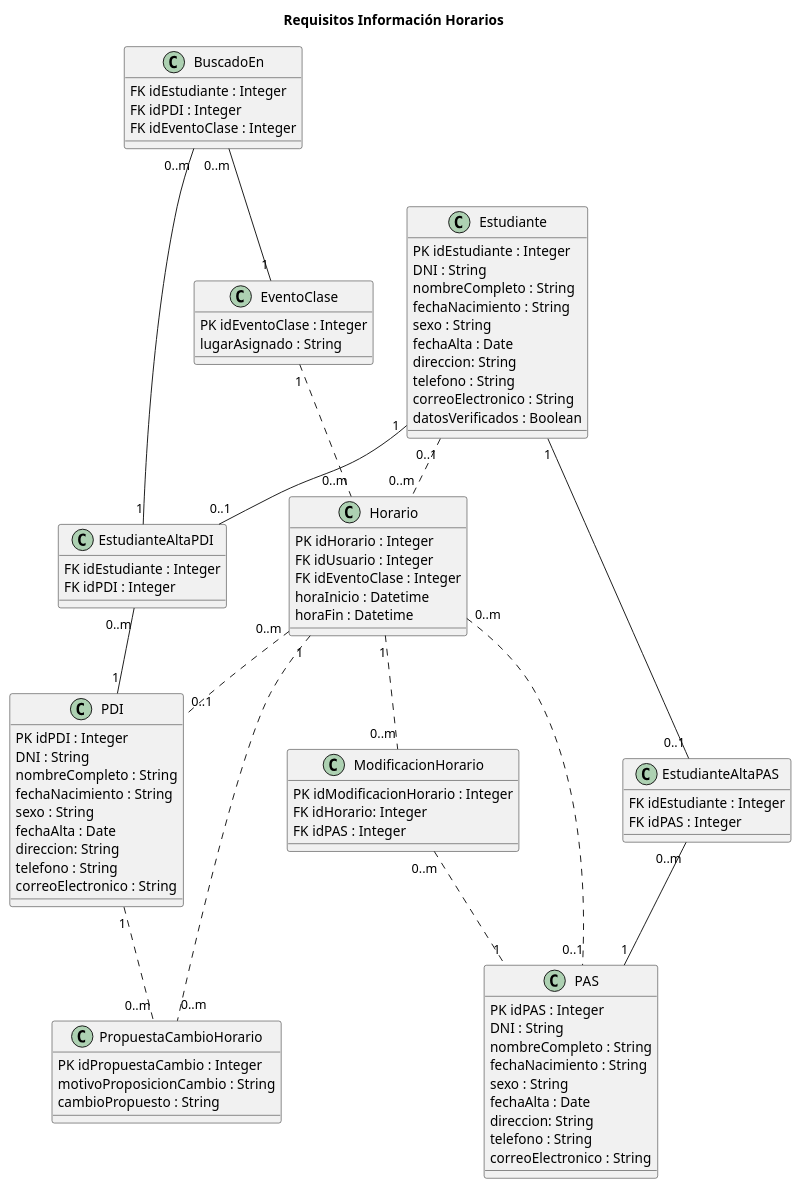
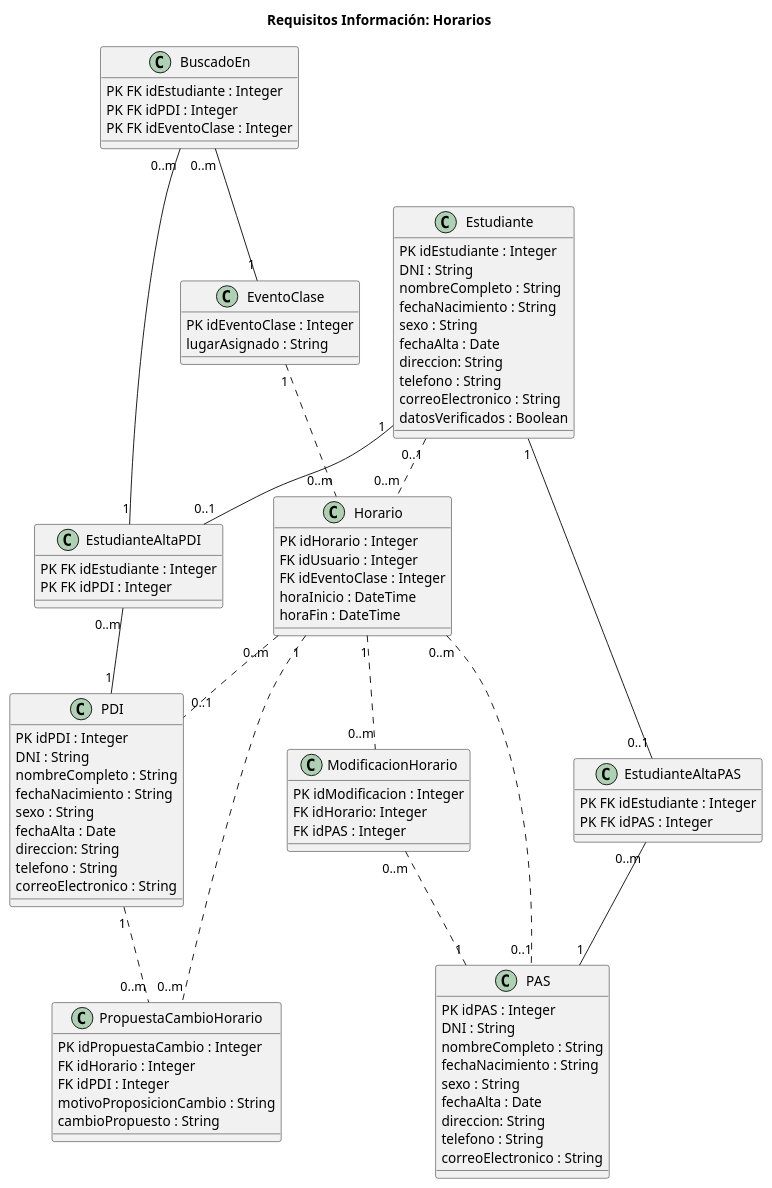
One commit to emg842/INRE-UAL-ROJO-2022 changed the diagram in LAB1/IRs_horarios.puml. Above: the diagram before and after it, drawn with PlantUML. The commit also changed 2 other files, not shown here.

```diff
--- a/LAB1/IRs_horarios.puml
+++ b/LAB1/IRs_horarios.puml
@@ -1,97 +1,99 @@
 @startuml IRs_horarios
-title Requisitos Información Horarios
+title Requisitos Información: Horarios
 
 Class BuscadoEn {
-    FK idEstudiante : Integer
-    FK idPDI : Integer
-    FK idEventoClase : Integer
+    PK FK idEstudiante : Integer
+    PK FK idPDI : Integer
+    PK FK idEventoClase : Integer
 }
 
 Class Estudiante {
     PK idEstudiante : Integer
     DNI : String
     nombreCompleto : String
     fechaNacimiento : String
     sexo : String
     fechaAlta : Date
     direccion: String
     telefono : String
     correoElectronico : String
     datosVerificados : Boolean
 }
 
 Class EstudianteAltaPAS {
-    FK idEstudiante : Integer
-    FK idPAS : Integer
+    PK FK idEstudiante : Integer
+    PK FK idPAS : Integer
 }
 
 Class EstudianteAltaPDI {
-    FK idEstudiante : Integer
-    FK idPDI : Integer
+    PK FK idEstudiante : Integer
+    PK FK idPDI : Integer
 }
 
 Class EventoClase {
     PK idEventoClase : Integer
     lugarAsignado : String
 }
 
 Class Horario {
     PK idHorario : Integer
     FK idUsuario : Integer
     FK idEventoClase : Integer
-    horaInicio : Datetime
-    horaFin : Datetime
+    horaInicio : DateTime
+    horaFin : DateTime
 }
 
 Class ModificacionHorario {
-    PK idModificacionHorario : Integer
+    PK idModificacion : Integer
     FK idHorario: Integer
     FK idPAS : Integer
 }
 
 Class PAS {
     PK idPAS : Integer
     DNI : String
     nombreCompleto : String
     fechaNacimiento : String
     sexo : String
     fechaAlta : Date
     direccion: String
     telefono : String
     correoElectronico : String
 }
 
 Class PDI {
     PK idPDI : Integer
     DNI : String
     nombreCompleto : String
     fechaNacimiento : String
     sexo : String
     fechaAlta : Date
     direccion: String
     telefono : String
     correoElectronico : String
 }
 
 Class PropuestaCambioHorario {
     PK idPropuestaCambio : Integer
+    FK idHorario : Integer
+    FK idPDI : Integer
     motivoProposicionCambio : String
     cambioPropuesto : String
 }
 
 BuscadoEn "0..m" -- "1" EstudianteAltaPDI
 BuscadoEn "0..m" -- "1" EventoClase
 Estudiante "1" -- "0..1" EstudianteAltaPAS
 Estudiante "1" -- "0..1" EstudianteAltaPDI
 Estudiante "0..1" .. "0..m" Horario
 EstudianteAltaPAS "0..m" -- "1" PAS
 EstudianteAltaPDI "0..m" -- "1" PDI
 EventoClase "1" .. "0..m" Horario
 Horario "1" .. "0..m" ModificacionHorario
 Horario "0..m" .. "0..1" PAS
 Horario "0..m" .. "0..1" PDI
 Horario "1" .. "0..m" PropuestaCambioHorario
 ModificacionHorario "0..m" .. "1" PAS
 PDI "1" .. "0..m" PropuestaCambioHorario
 
 @enduml
```
